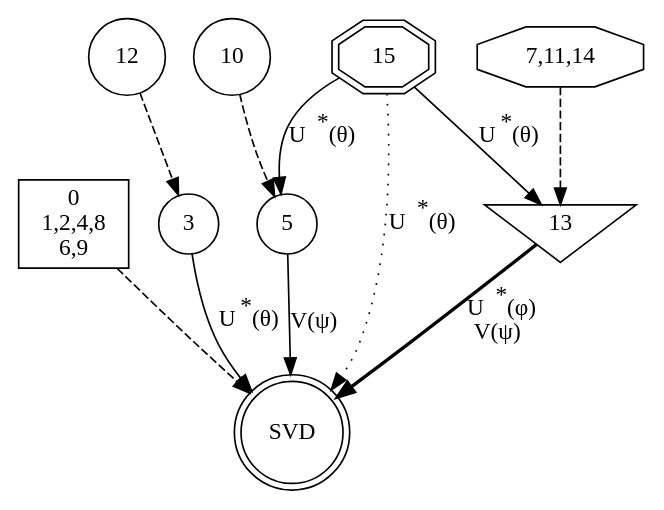
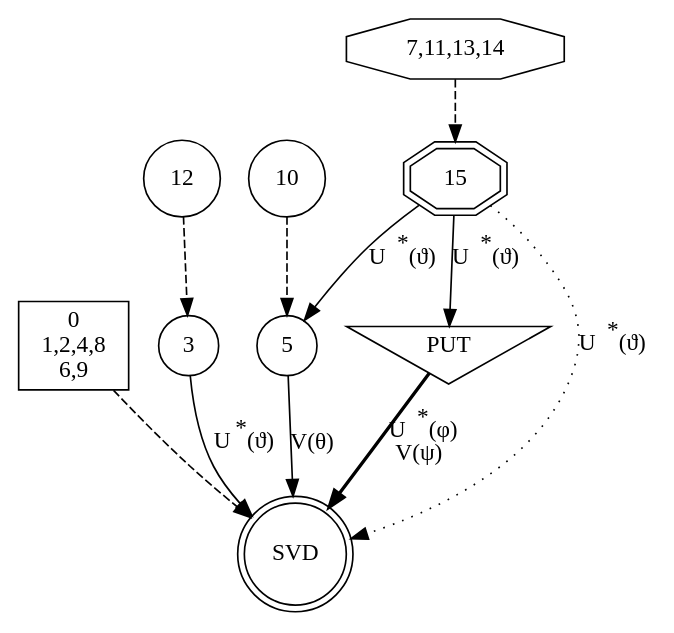
One commit to venovako/libpvn changed the diagram in var/sv2.dot. Above: the diagram before and after it, drawn with Graphviz. The commit also changed 2 other files, not shown here.

```diff
--- a/var/sv2.dot
+++ b/var/sv2.dot
@@ -1,23 +1,23 @@
 strict digraph sv2 {
     {
         0124869 [shape=box,label="0\n1,2,4,8\n6,9"]
         3 [shape=circle]
         5 [shape=circle]
-        71114 [shape=octagon,label="7,11,14"]
+        7111314 [shape=octagon,label="7,11,13,14"]
         10 [shape=circle]
         12 [shape=circle]
-        13 [shape=invtriangle]
         15 [shape=doubleoctagon]
+        PUT [shape=invtriangle]
         SVD [shape=doublecircle]
     }
     0124869 -> SVD [style=dashed]
-    3 -> SVD [label=<U<SUP>*</SUP>(θ)>]
-    71114 -> 13 [style=dashed]
+    3 -> SVD [label=<U<SUP>*</SUP>(ϑ)>]
+    7111314 -> 15 [style=dashed]
     12 -> 3 [style=dashed]
-    13 -> SVD [label=< U<SUP>*</SUP>(φ)<BR/> V(ψ)>,style=bold]
-    5 -> SVD [label=< V(ψ)>]
+    PUT -> SVD [label=< U<SUP>*</SUP>(φ)<BR/> V(ψ)>,style=bold]
+    5 -> SVD [label=< V(θ)>]
     10 -> 5 [style=dashed]
-    15 -> 5 [label=< U<SUP>*</SUP>(θ)>]
-    15 -> SVD [label=< U<SUP>*</SUP>(θ)>,style=dotted]
-    15 -> 13 [label=<U<SUP>*</SUP>(θ)>]
+    15 -> 5 [label=< U<SUP>*</SUP>(ϑ)>]
+    15 -> SVD [label=< U<SUP>*</SUP>(ϑ)>,style=dotted]
+    15 -> PUT [label=< U<SUP>*</SUP>(ϑ)>]
 }
```
